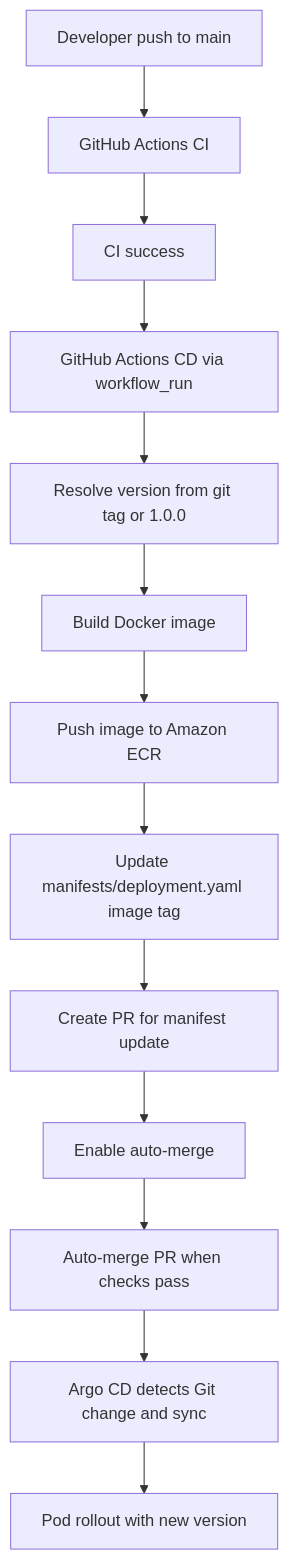
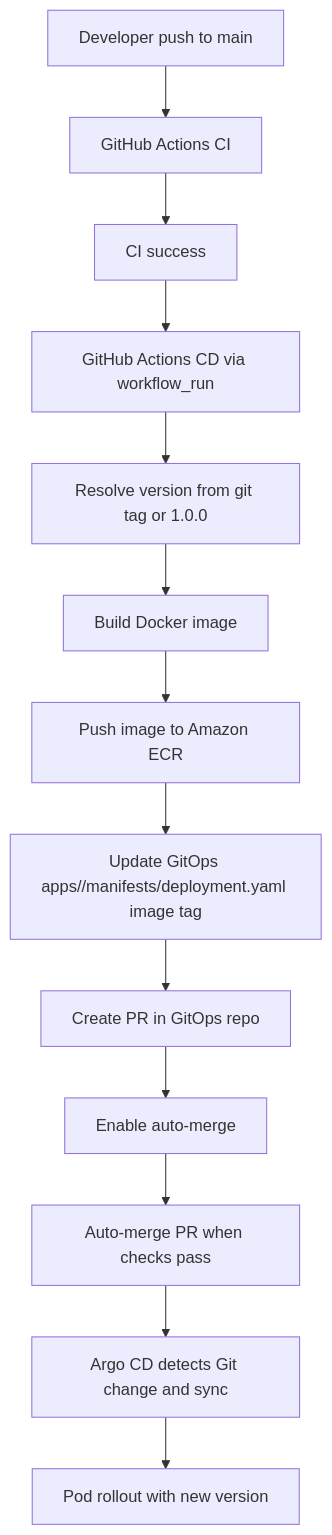
The diagram in docs/Backstage_템플릿_CD_가이드.md (SAMJOYAP/reference-implementation-aws), drawn with Mermaid before and after one commit. The commit also changed other lines of this file and 7 other files, not shown here.

````diff
--- a/docs/Backstage_템플릿_CD_가이드.md
+++ b/docs/Backstage_템플릿_CD_가이드.md
@@ -65,15 +65,15 @@
 ```mermaid
 flowchart TD
     A[Developer push to main] --> B[GitHub Actions CI]
     B --> C[CI success]
     C --> C2[GitHub Actions CD via workflow_run]
     C2 --> D[Resolve version from git tag or 1.0.0]
     D --> E[Build Docker image]
     E --> F[Push image to Amazon ECR]
-    F --> G[Update manifests/deployment.yaml image tag]
-    G --> H[Create PR for manifest update]
+    F --> G[Update GitOps apps/<app>/manifests/deployment.yaml image tag]
+    G --> H[Create PR in GitOps repo]
     H --> I[Enable auto-merge]
     I --> I2[Auto-merge PR when checks pass]
     I2 --> J[Argo CD detects Git change and sync]
     J --> K[Pod rollout with new version]
 ```
````
